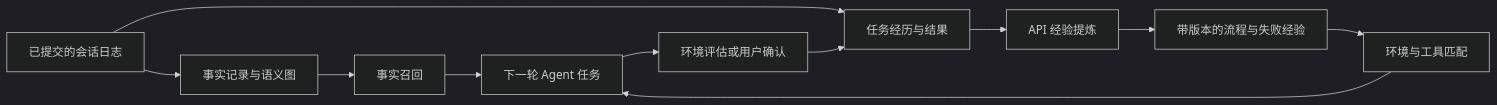
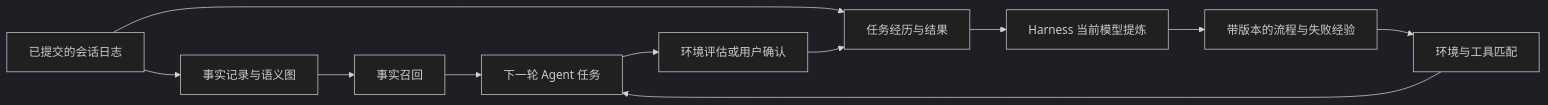
The diagram in README.zh.md (CenYangtze/dsh-advanced-mem-plugin), drawn with Mermaid (dark theme) before and after one commit. The commit also changed other lines of this file and 11 other files, not shown here.

````diff
--- a/README.zh.md
+++ b/README.zh.md
@@ -7,13 +7,13 @@
 ```mermaid
 flowchart LR
   L[已提交的会话日志] --> F[事实记录与语义图]
   L --> E[任务经历与结果]
-  E --> D[API 经验提炼]
+  E --> D[Harness 当前模型提炼]
   D --> S[带版本的流程与失败经验]
   F --> FR[事实召回]
   S --> ER[环境与工具匹配]
   FR --> T[下一轮 Agent 任务]
   ER --> T
   V[环境评估或用户确认] --> E
   T --> V
 ```
````
